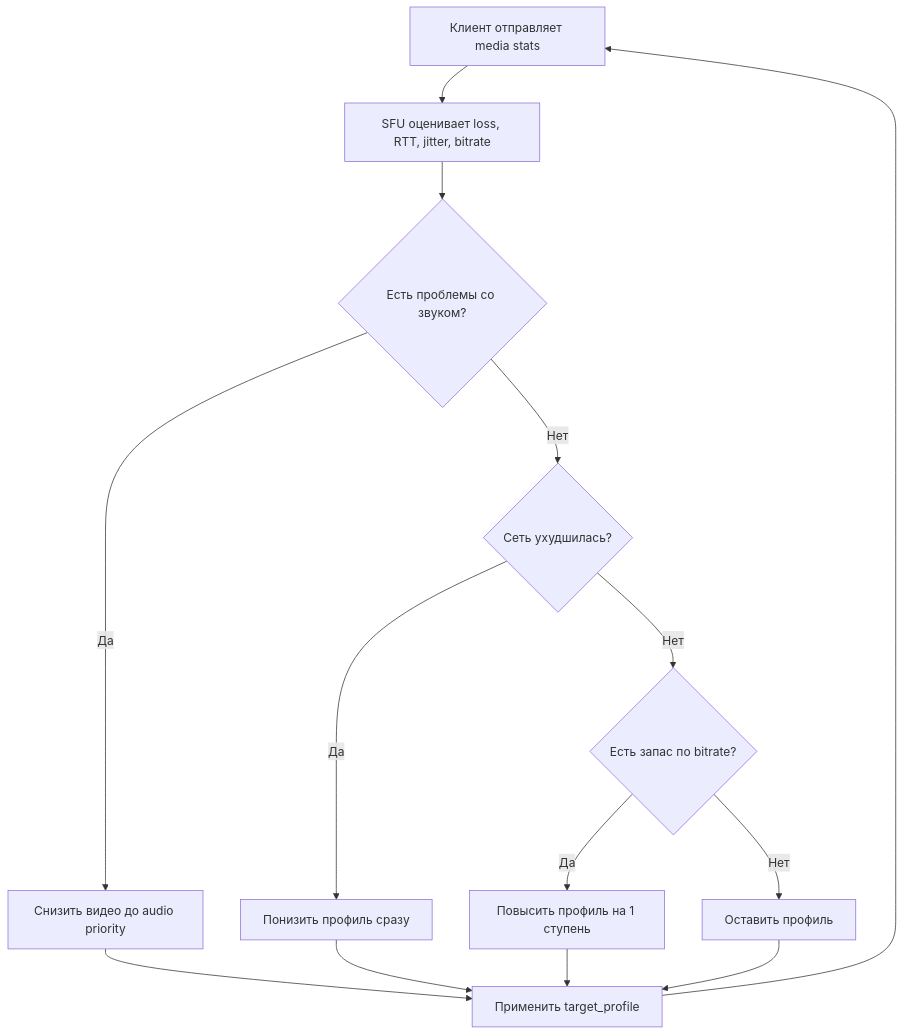
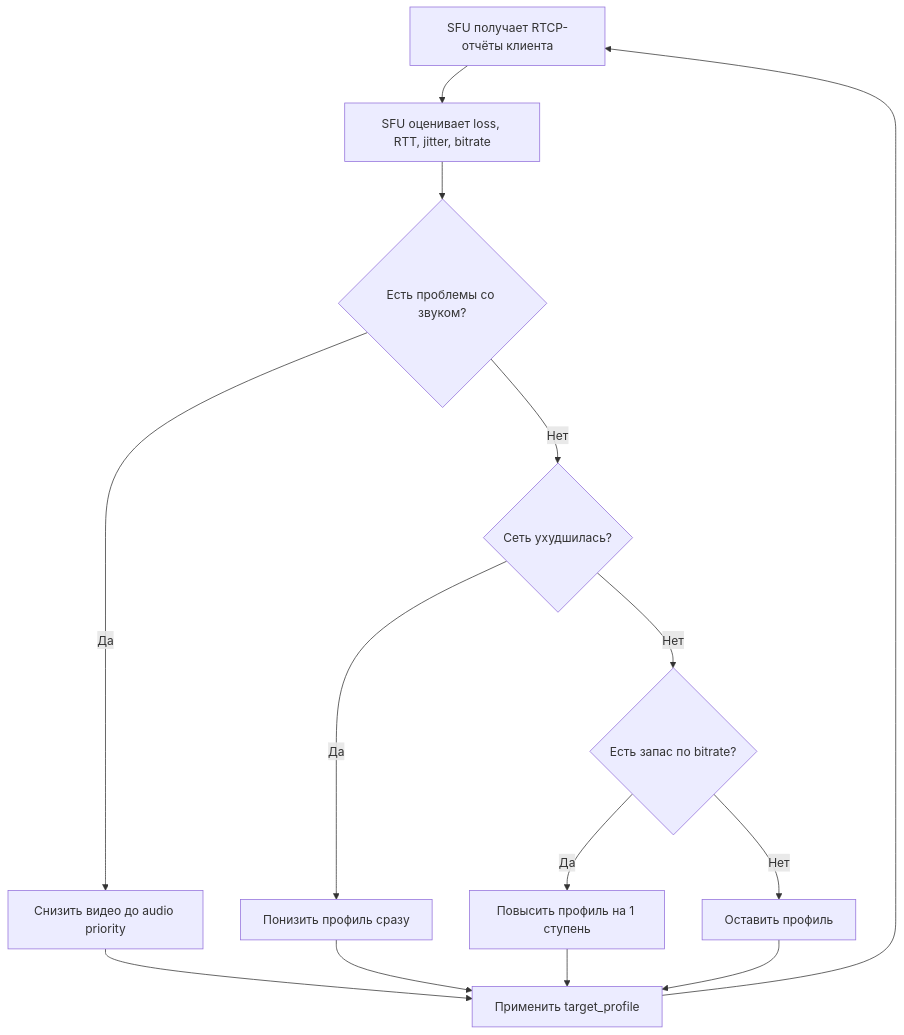
Before and after one commit to Danykrane/system_design: the ninth of 11 diagrams in README.md, drawn with Mermaid. The commit also changed other lines of this file and 7 other files, not shown here.

````diff
--- a/README.md
+++ b/README.md
@@ -1067,16 +1204,16 @@
 ```mermaid
 flowchart TD
-    A[Клиент отправляет media stats] --> B[SFU оценивает loss, RTT, jitter, bitrate]
+    A[SFU получает RTCP-отчёты клиента] --> B[SFU оценивает loss, RTT, jitter, bitrate]
     B --> C{Есть проблемы со звуком?}
     C -- Да --> D[Снизить видео до audio priority]
     C -- Нет --> E{Сеть ухудшилась?}
     E -- Да --> F[Понизить профиль сразу]
     E -- Нет --> G{Есть запас по bitrate?}
     G -- Да --> H[Повысить профиль на 1 ступень]
     G -- Нет --> I[Оставить профиль]
     D --> J[Применить target_profile]
     F --> J
     H --> J
     I --> J
     J --> A
 ```
````
